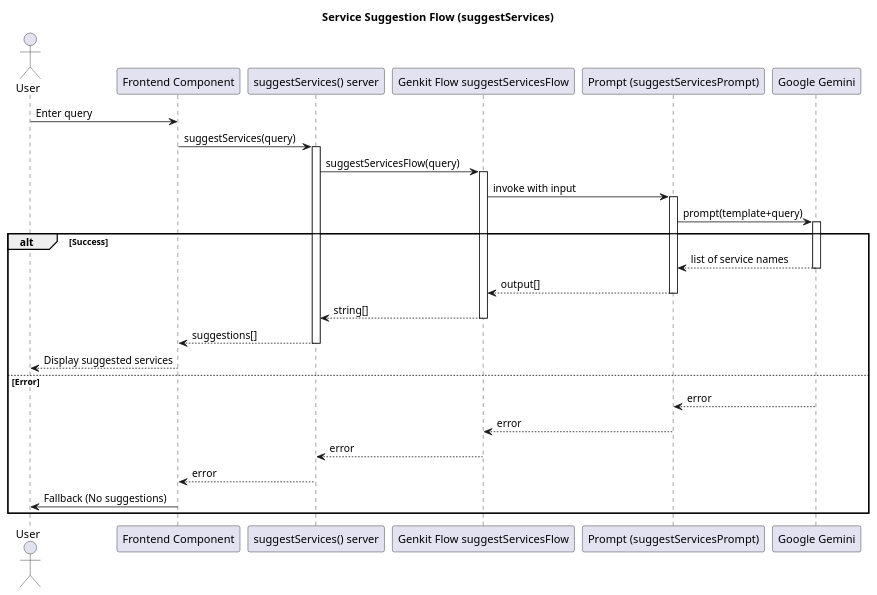
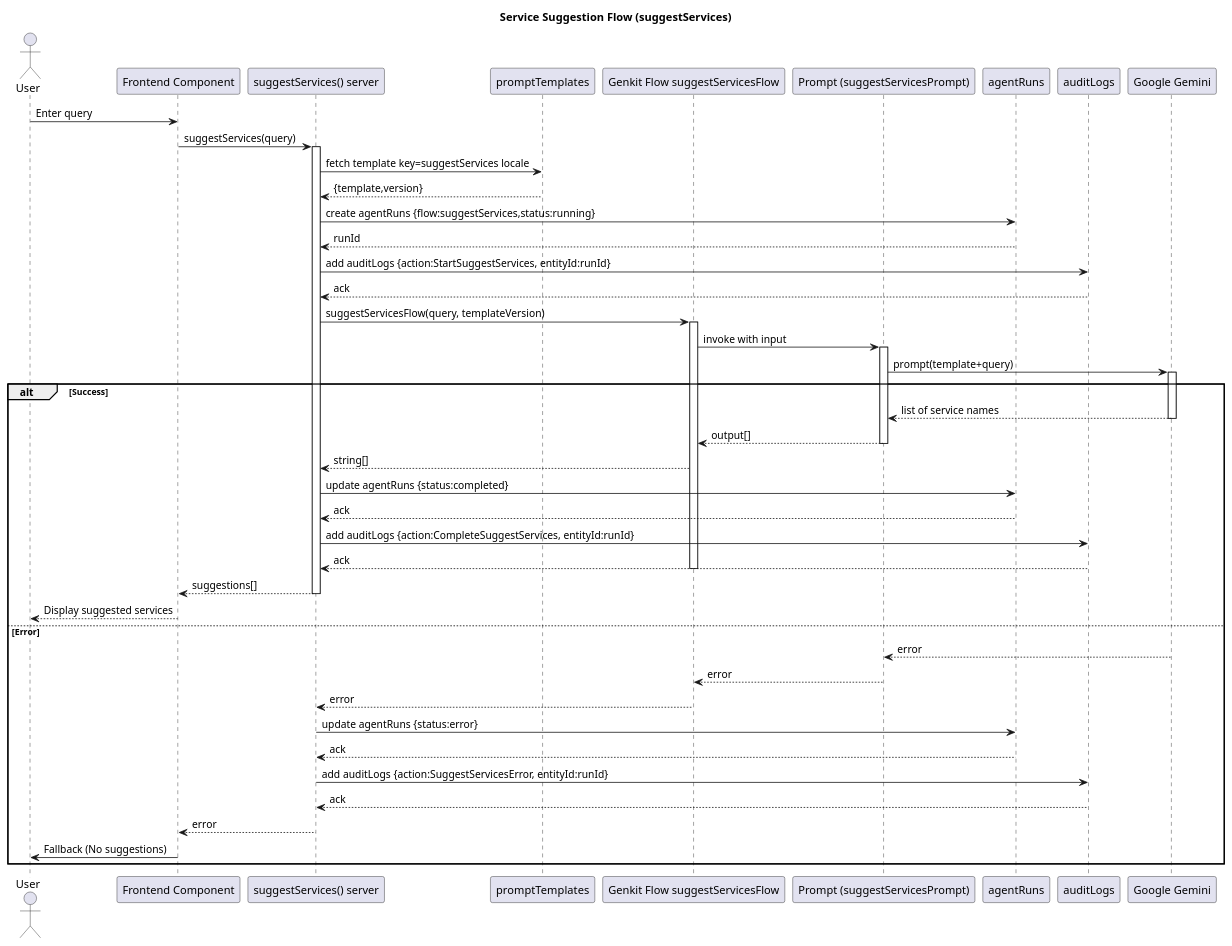
One commit to AdithyaSean/govconnect-sl changed the diagram in docs/sequence-diagrams/suggest-services-flow.puml. Above: the diagram before and after it, drawn with PlantUML. The commit also changed 34 other files, not shown here.

```diff
--- a/docs/sequence-diagrams/suggest-services-flow.puml
+++ b/docs/sequence-diagrams/suggest-services-flow.puml
@@ -1,43 +1,60 @@
 @startuml suggest_services_flow
 title Service Suggestion Flow (suggestServices)
 ' =====================================================================
 ' Service Suggestion AI Flow (suggestServices)
 ' =====================================================================
 actor User
 participant FE as "Frontend Component"
 participant "suggestServices() server" as Svc
+participant PT as "promptTemplates"
 participant "Genkit Flow suggestServicesFlow" as Flow
 participant "Prompt (suggestServicesPrompt)" as Prompt
+participant AR as "agentRuns"
+participant AUD as "auditLogs"
 participant LLM as "Google Gemini"
 
 User -> FE: Enter query
 FE -> Svc: suggestServices(query)
 activate Svc
-Svc -> Flow: suggestServicesFlow(query)
+Svc -> PT: fetch template key=suggestServices locale
+PT --> Svc: {template,version}
+Svc -> AR: create agentRuns {flow:suggestServices,status:running}
+AR --> Svc: runId
+Svc -> AUD: add auditLogs {action:StartSuggestServices, entityId:runId}
+AUD --> Svc: ack
+Svc -> Flow: suggestServicesFlow(query, templateVersion)
 activate Flow
 Flow -> Prompt: invoke with input
 activate Prompt
 Prompt -> LLM: prompt(template+query)
 activate LLM
 alt Success
 	LLM --> Prompt: list of service names
 	deactivate LLM
 	Prompt --> Flow: output[]
 	deactivate Prompt
 	Flow --> Svc: string[]
+	Svc -> AR: update agentRuns {status:completed}
+	AR --> Svc: ack
+	Svc -> AUD: add auditLogs {action:CompleteSuggestServices, entityId:runId}
+	AUD --> Svc: ack
 	deactivate Flow
 	Svc --> FE: suggestions[]
 	deactivate Svc
 	FE --> User: Display suggested services
 else Error
 	LLM --> Prompt: error
 	deactivate LLM
 	Prompt --> Flow: error
 	deactivate Prompt
 	Flow --> Svc: error
+	Svc -> AR: update agentRuns {status:error}
+	AR --> Svc: ack
+	Svc -> AUD: add auditLogs {action:SuggestServicesError, entityId:runId}
+	AUD --> Svc: ack
 	deactivate Flow
 	Svc --> FE: error
 	deactivate Svc
 	FE -> User: Fallback (No suggestions)
 end
 @enduml
```
